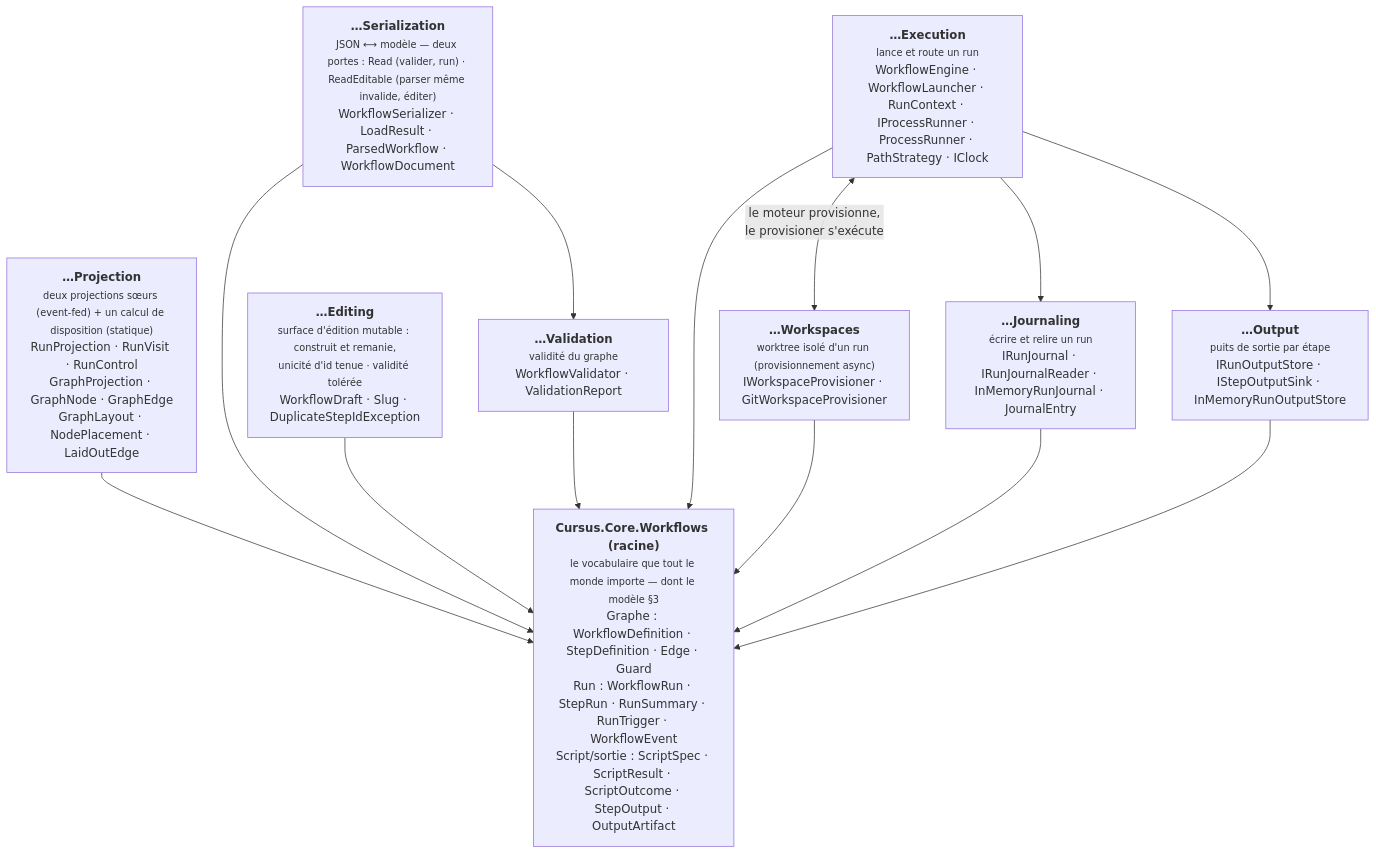
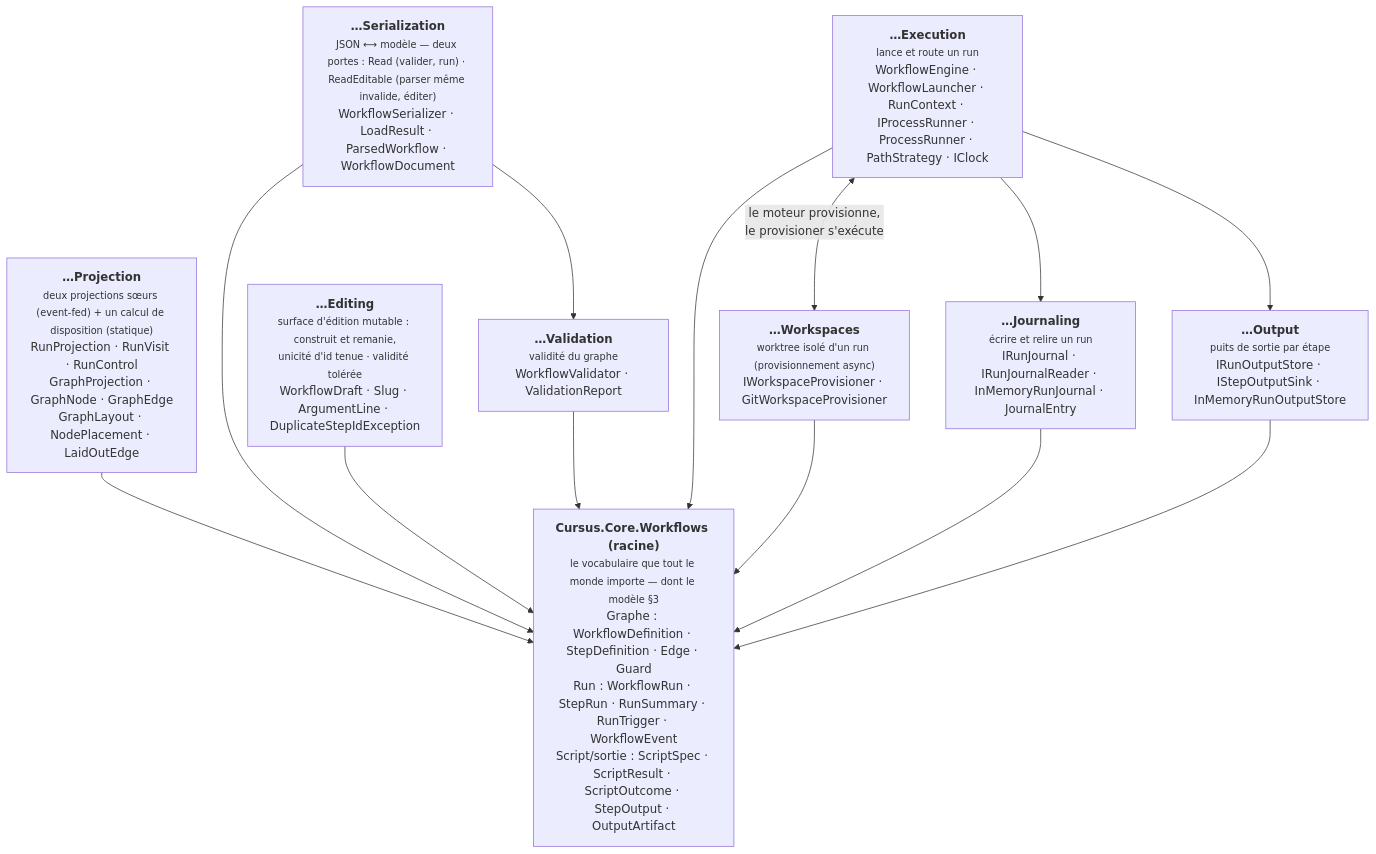
Before and after one commit to Apemb/Cursus: the fifth of 10 diagrams in docs/design/schemas.md, drawn with Mermaid. The commit also changed 6 other files, not shown here.

````diff
--- a/docs/design/schemas.md
+++ b/docs/design/schemas.md
@@ -295,26 +295,26 @@
 ```mermaid
 flowchart TB
   root["<b>Cursus.Core.Workflows (racine)</b><br/><small>le vocabulaire que tout le monde importe — dont le modèle §3</small><br/>Graphe : WorkflowDefinition · StepDefinition · Edge · Guard<br/>Run : WorkflowRun · StepRun · RunSummary · RunTrigger · WorkflowEvent<br/>Script/sortie : ScriptSpec · ScriptResult · ScriptOutcome · StepOutput · OutputArtifact"]
 
   Exec["<b>…Execution</b><br/><small>lance et route un run</small><br/>WorkflowEngine · WorkflowLauncher · RunContext · IProcessRunner · ProcessRunner · PathStrategy · IClock"]
   Proj["<b>…Projection</b><br/><small>deux projections sœurs (event-fed) + un calcul de disposition (statique)</small><br/>RunProjection · RunVisit · RunControl<br/>GraphProjection · GraphNode · GraphEdge<br/>GraphLayout · NodePlacement · LaidOutEdge"]
   Ser["<b>…Serialization</b><br/><small>JSON ⟷ modèle — deux portes : Read (valider, run) · ReadEditable (parser même invalide, éditer)</small><br/>WorkflowSerializer · LoadResult · ParsedWorkflow · WorkflowDocument"]
   Val["<b>…Validation</b><br/><small>validité du graphe</small><br/>WorkflowValidator · ValidationReport"]
-  Edit["<b>…Editing</b><br/><small>surface d'édition mutable : construit et remanie,<br/>unicité d'id tenue · validité tolérée</small><br/>WorkflowDraft · Slug · DuplicateStepIdException"]
+  Edit["<b>…Editing</b><br/><small>surface d'édition mutable : construit et remanie,<br/>unicité d'id tenue · validité tolérée</small><br/>WorkflowDraft · Slug · ArgumentLine · DuplicateStepIdException"]
   Jou["<b>…Journaling</b><br/><small>écrire et relire un run</small><br/>IRunJournal · IRunJournalReader · InMemoryRunJournal · JournalEntry"]
   Out["<b>…Output</b><br/><small>puits de sortie par étape</small><br/>IRunOutputStore · IStepOutputSink · InMemoryRunOutputStore"]
   Wsp["<b>…Workspaces</b><br/><small>worktree isolé d'un run (provisionnement async)</small><br/>IWorkspaceProvisioner · GitWorkspaceProvisioner"]
 
   Exec --> root
   Proj --> root
   Ser --> root
   Val --> root
   Edit --> root
   Jou --> root
   Out --> root
   Wsp --> root
   Ser --> Val
   Exec <-->|"le moteur provisionne,<br/>le provisioner s'exécute"| Wsp
   Exec --> Jou
   Exec --> Out
 ```
````
